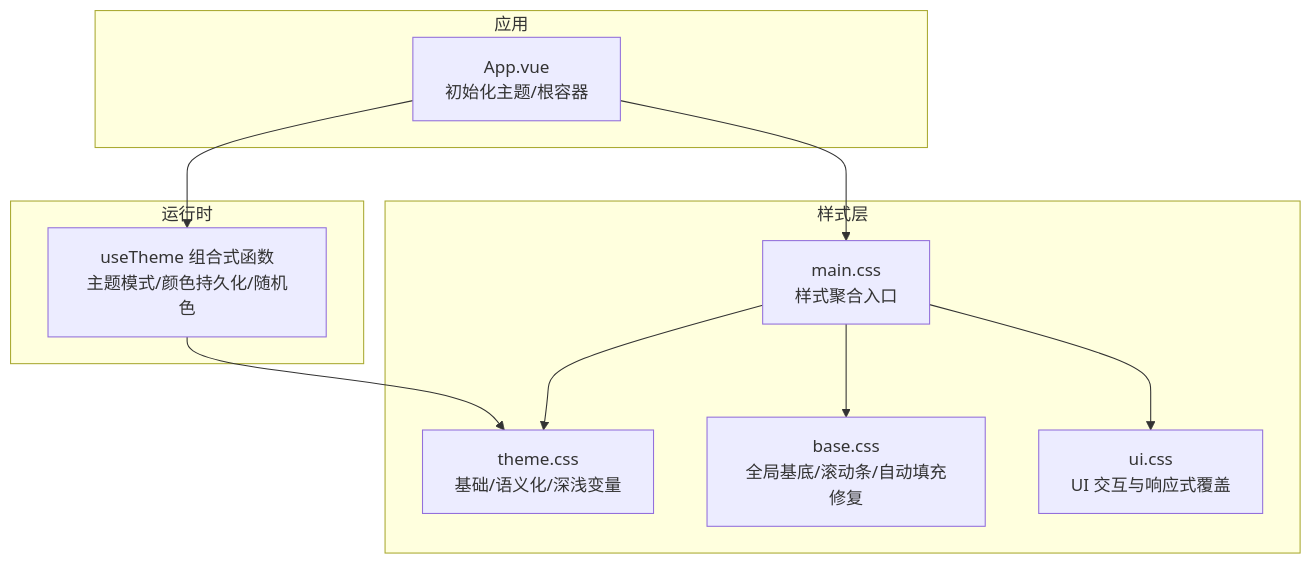
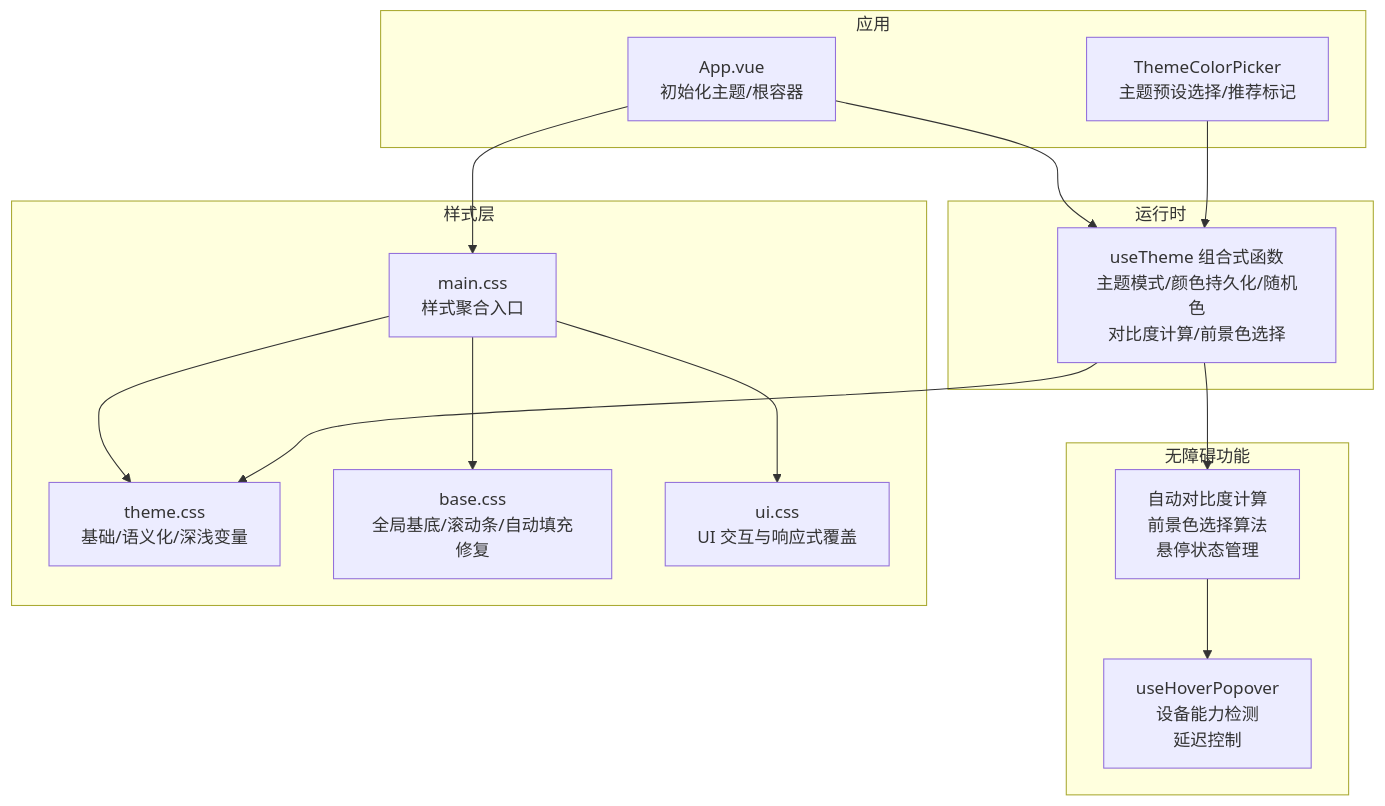
One commit to xixixiaoyu/Todo changed the first of 6 diagrams in .qoder/repowiki/zh/content/前端开发/UI组件库/主题系统.md. Above: the diagram before and after it, drawn with Mermaid. The commit also changed other lines of this file and 3 other files, not shown here.

````diff
--- a/.qoder/repowiki/zh/content/前端开发/UI组件库/主题系统.md
+++ b/.qoder/repowiki/zh/content/前端开发/UI组件库/主题系统.md
@@ -48,21 +54,29 @@
 ```mermaid
 graph TB
 subgraph "运行时"
-UT["useTheme 组合式函数<br/>主题模式/颜色持久化/随机色"]
+UT["useTheme 组合式函数<br/>主题模式/颜色持久化/随机色<br/>对比度计算/前景色选择"]
+end
+subgraph "无障碍功能"
+AC["自动对比度计算<br/>前景色选择算法<br/>悬停状态管理"]
+HP["useHoverPopover<br/>设备能力检测<br/>延迟控制"]
 end
 subgraph "样式层"
 TCSS["theme.css<br/>基础/语义化/深浅变量"]
 BCSS["base.css<br/>全局基底/滚动条/自动填充修复"]
 MCSS["main.css<br/>样式聚合入口"]
 UICSS["ui.css<br/>UI 交互与响应式覆盖"]
 end
 subgraph "应用"
 APP["App.vue<br/>初始化主题/根容器"]
+TCP["ThemeColorPicker<br/>主题预设选择/推荐标记"]
 end
+UT --> AC
+AC --> HP
 UT --> TCSS
+TCP --> UT
 APP --> MCSS
 MCSS --> TCSS
 MCSS --> BCSS
 MCSS --> UICSS
 APP --> UT
 ```
````
